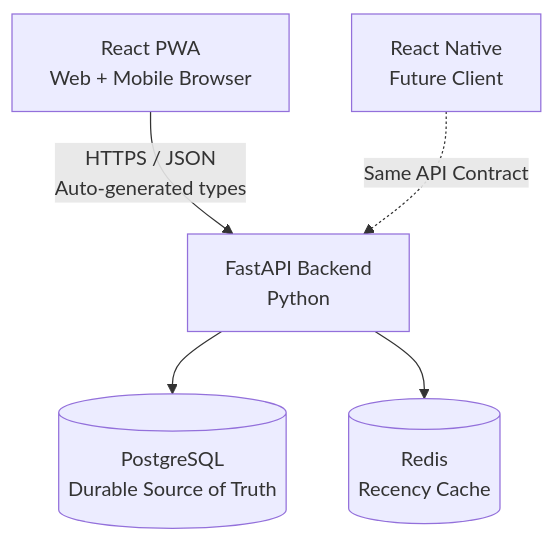
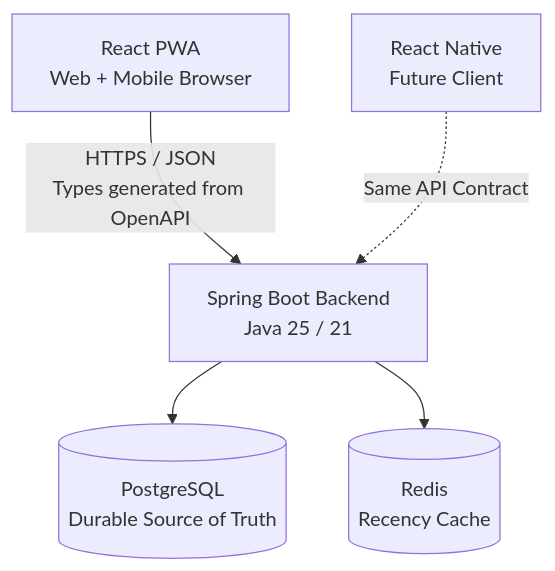
One commit to VishalWadg/Rekindle changed the first of 4 diagrams in docs/architecture.md. Above: the diagram before and after it, drawn with Mermaid. The commit also changed other lines of this file and 33 other files, not shown here.

Commit message:
feat(backend): pivot to java spring boot with jpa entities, flyway migration, and repositories

````diff
--- a/docs/architecture.md
+++ b/docs/architecture.md
@@ -17,7 +17,7 @@
 ```mermaid
 graph TD
-    A[React PWA<br/>Web + Mobile Browser] -->|HTTPS / JSON<br/>Auto-generated types| B[FastAPI Backend<br/>Python]
+    A[React PWA<br/>Web + Mobile Browser] -->|HTTPS / JSON<br/>Types generated from OpenAPI| B[Spring Boot Backend<br/>Java 25 / 21]
     RN[React Native<br/>Future Client] -.->|Same API Contract| B
     B --> C[(PostgreSQL<br/>Durable Source of Truth)]
     B --> D[(Redis<br/>Recency Cache)]
 ```
````
